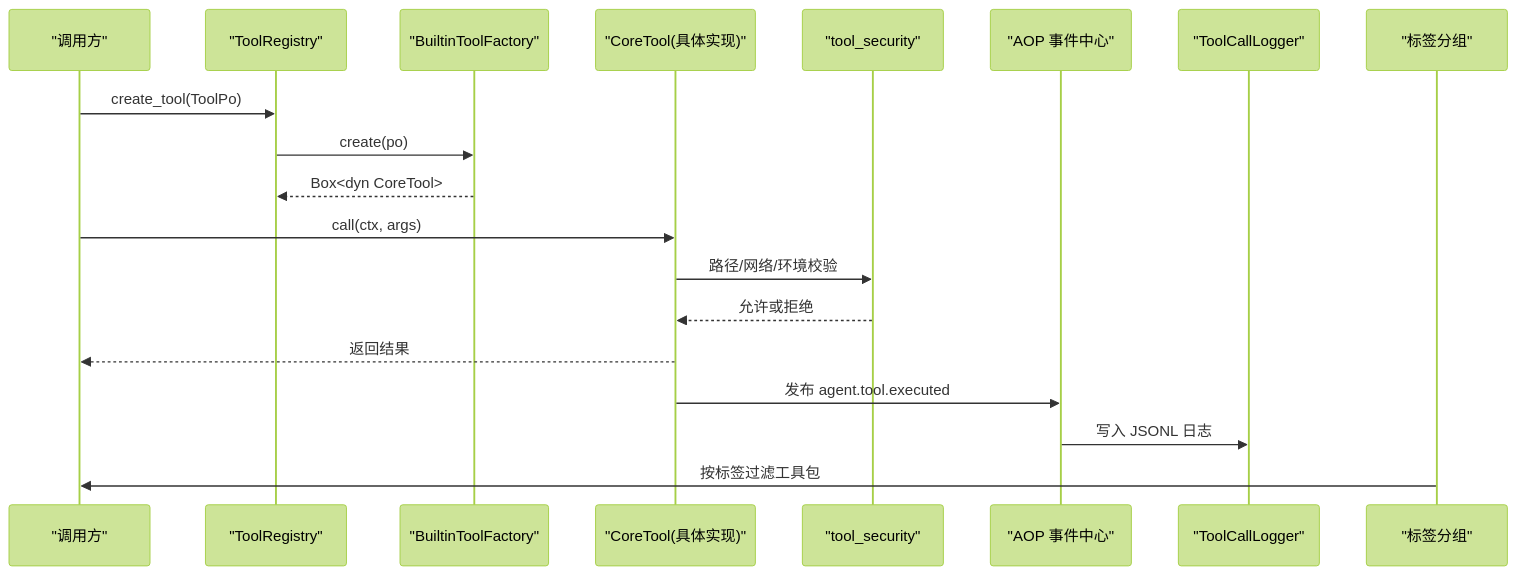
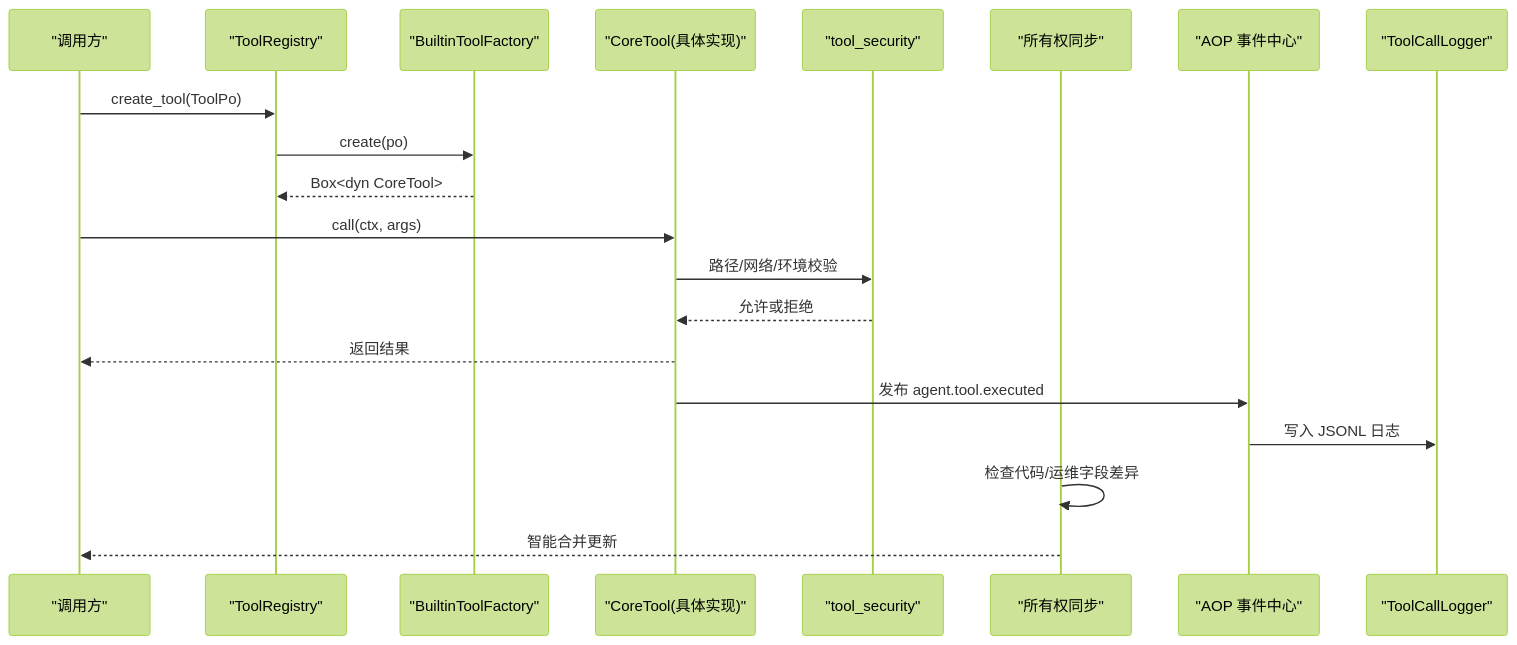
The second of 6 diagrams in .qoder/repowiki/zh/content/核心模块/工具注册表/内置工具系统.md (runningcoders/ai_orz), drawn with Mermaid (forest theme) before and after one commit. The commit also changed other lines of this file and 142 other files, not shown here.

````diff
--- a/.qoder/repowiki/zh/content/核心模块/工具注册表/内置工具系统.md
+++ b/.qoder/repowiki/zh/content/核心模块/工具注册表/内置工具系统.md
@@ -95,21 +96,22 @@
 ```mermaid
 sequenceDiagram
 participant Caller as "调用方"
 participant Reg as "ToolRegistry"
 participant Fac as "BuiltinToolFactory"
 participant Tool as "CoreTool(具体实现)"
 participant Sec as "tool_security"
+participant Sync as "所有权同步"
 participant AOP as "AOP 事件中心"
 participant Log as "ToolCallLogger"
-participant Tags as "标签分组"
 Caller->>Reg : create_tool(ToolPo)
 Reg->>Fac : create(po)
 Fac-->>Reg : Box<dyn CoreTool>
 Caller->>Tool : call(ctx, args)
 Tool->>Sec : 路径/网络/环境校验
 Sec-->>Tool : 允许或拒绝
 Tool-->>Caller : 返回结果
 Tool->>AOP : 发布 agent.tool.executed
 AOP->>Log : 写入 JSONL 日志
-Tags->>Caller : 按标签过滤工具包
+Sync->>Sync : 检查代码/运维字段差异
+Sync-->>Caller : 智能合并更新
 ```
````
